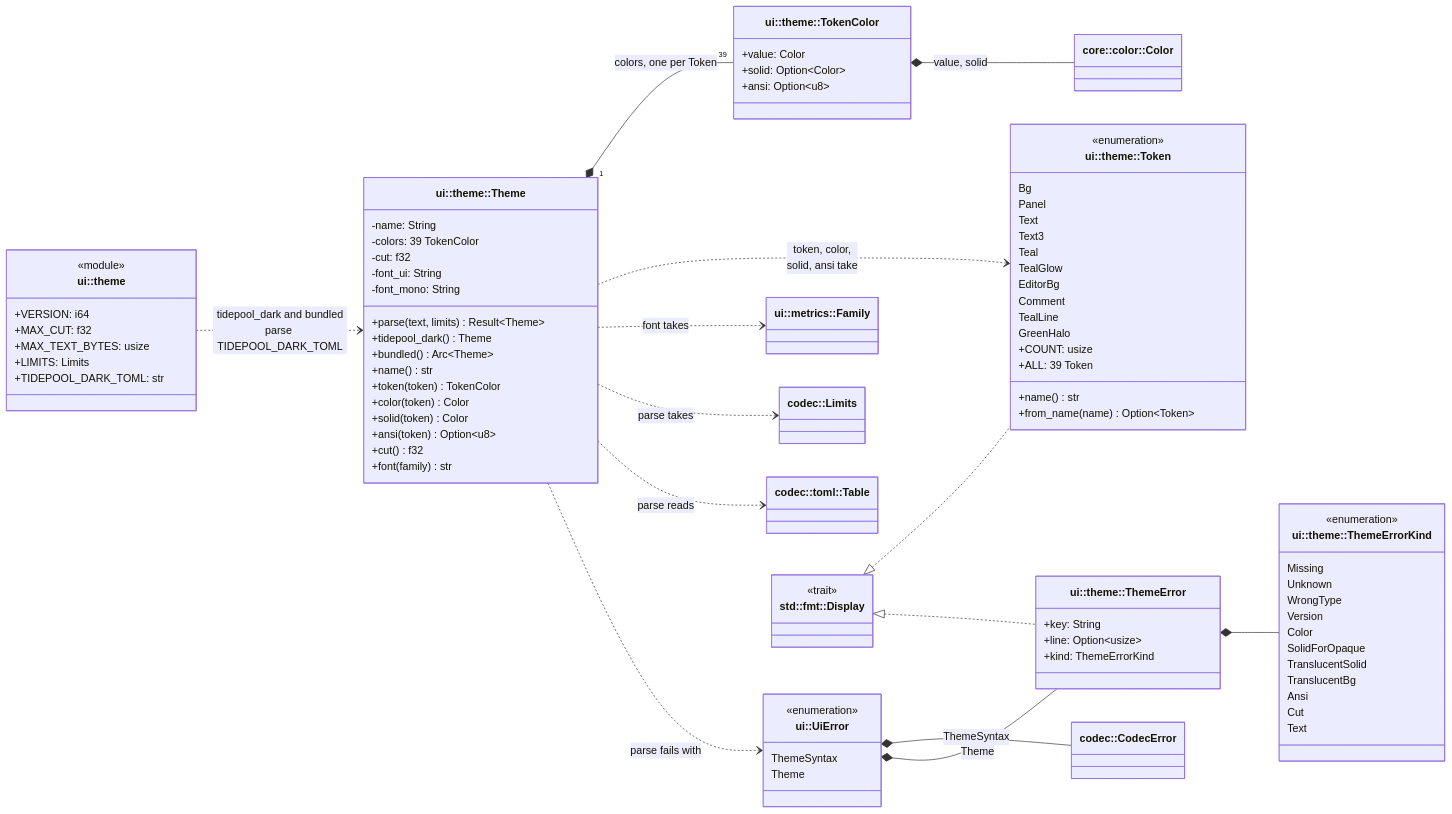
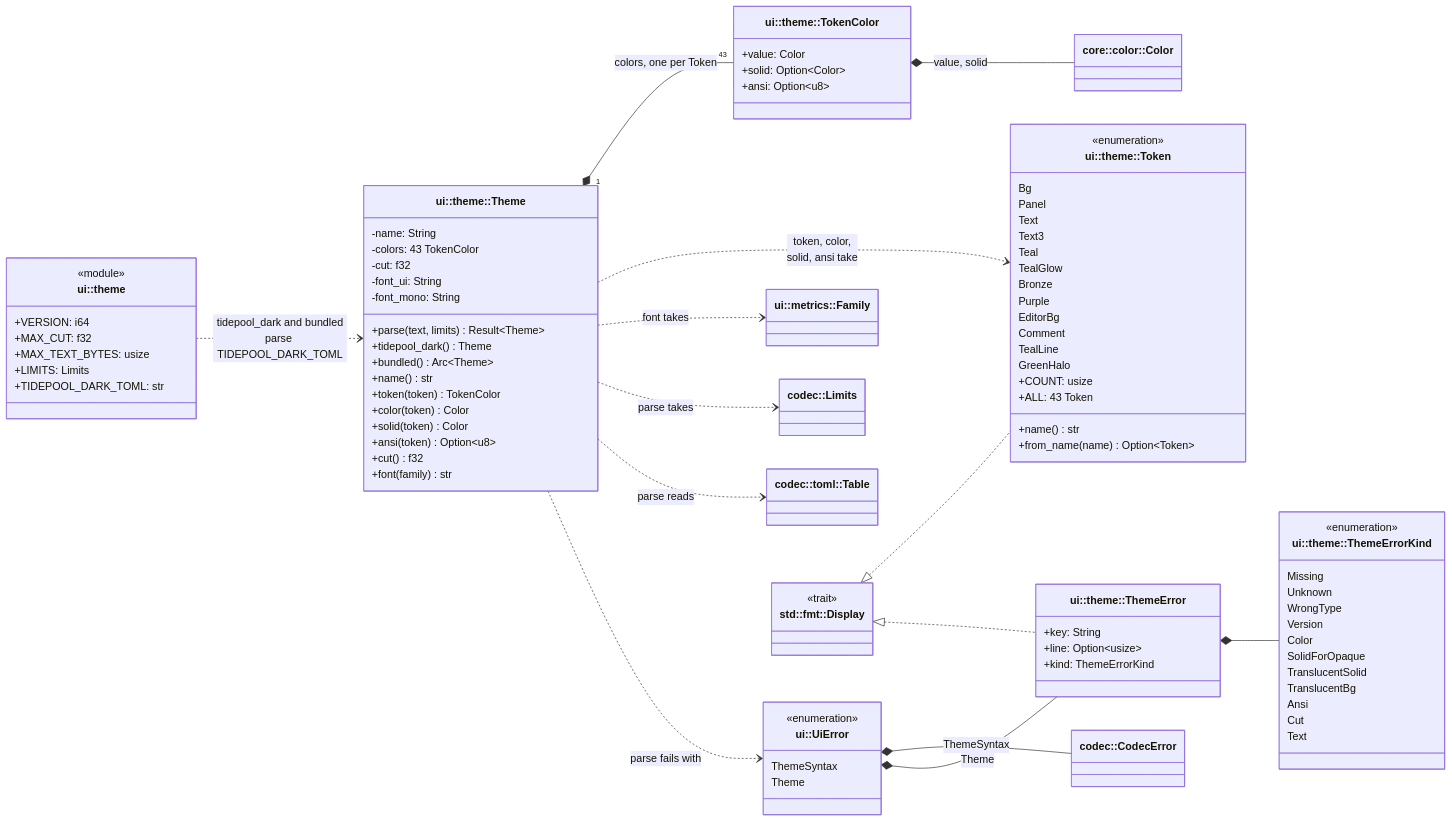
Before and after one commit to jabbott-iii/Tidepool: diagram 45 of 51 in diagrams/class-diagrams.md, drawn with Mermaid. The commit also changed other lines of this file and 26 other files, not shown here.

```diff
--- a/diagrams/class-diagrams.md
+++ b/diagrams/class-diagrams.md
@@ -4062,7 +4163,7 @@
     }
     class Theme["ui::theme::Theme"] {
         -name: String
-        -colors: 39 TokenColor
+        -colors: 43 TokenColor
         -cut: f32
         -font_ui: String
         -font_mono: String
@@ -4085,12 +4186,14 @@
         Text3
         Teal
         TealGlow
+        Bronze
+        Purple
         EditorBg
         Comment
         TealLine
         GreenHalo
         +COUNT: usize
-        +ALL: 39 Token
+        +ALL: 43 Token
         +name() str
         +from_name(name) Option~Token~
     }
@@ -4132,7 +4235,7 @@
         <<trait>>
     }
 
-    Theme "1" *-- "39" TokenColor : colors, one per Token
+    Theme "1" *-- "43" TokenColor : colors, one per Token
     TokenColor *-- Color : value, solid
     Theme ..> Token : token, color,<br/>solid, ansi take
     Theme ..> Family : font takes
```
